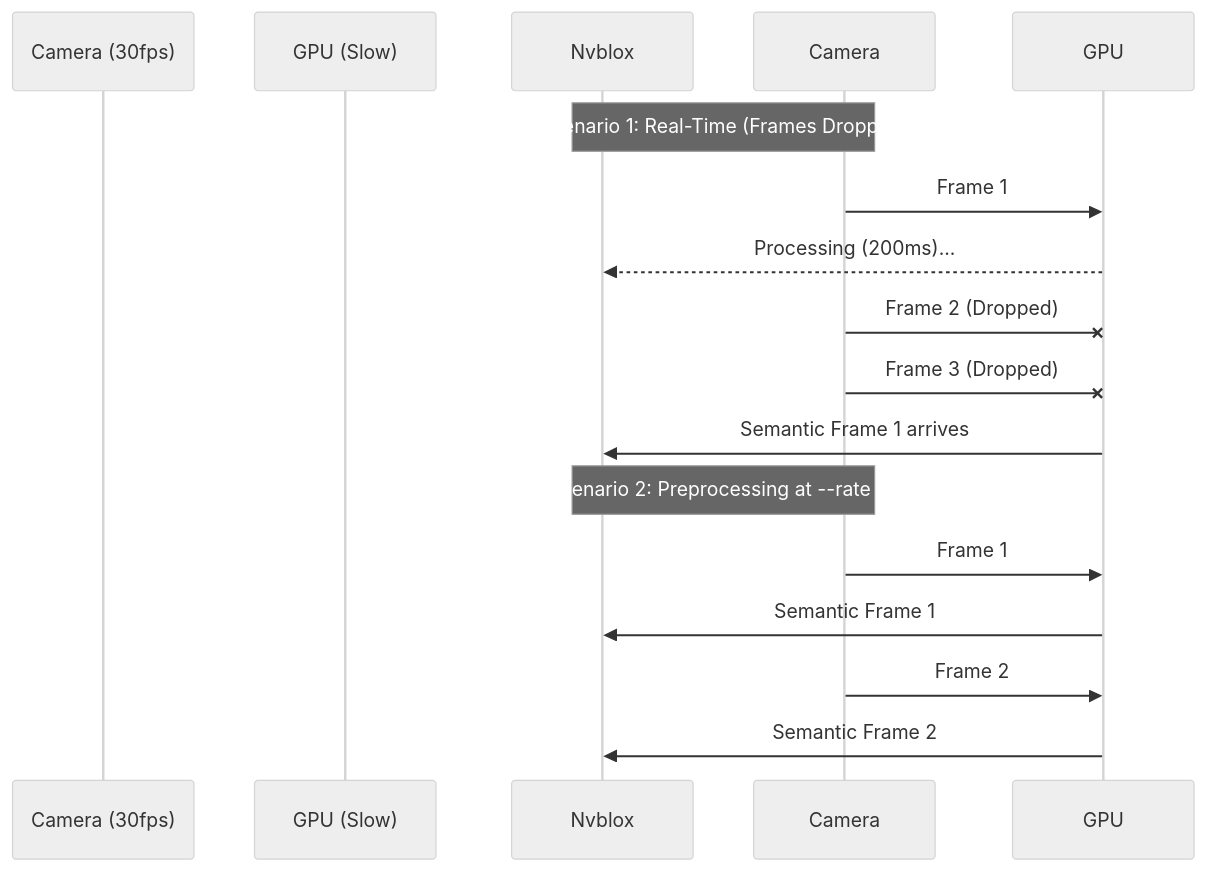
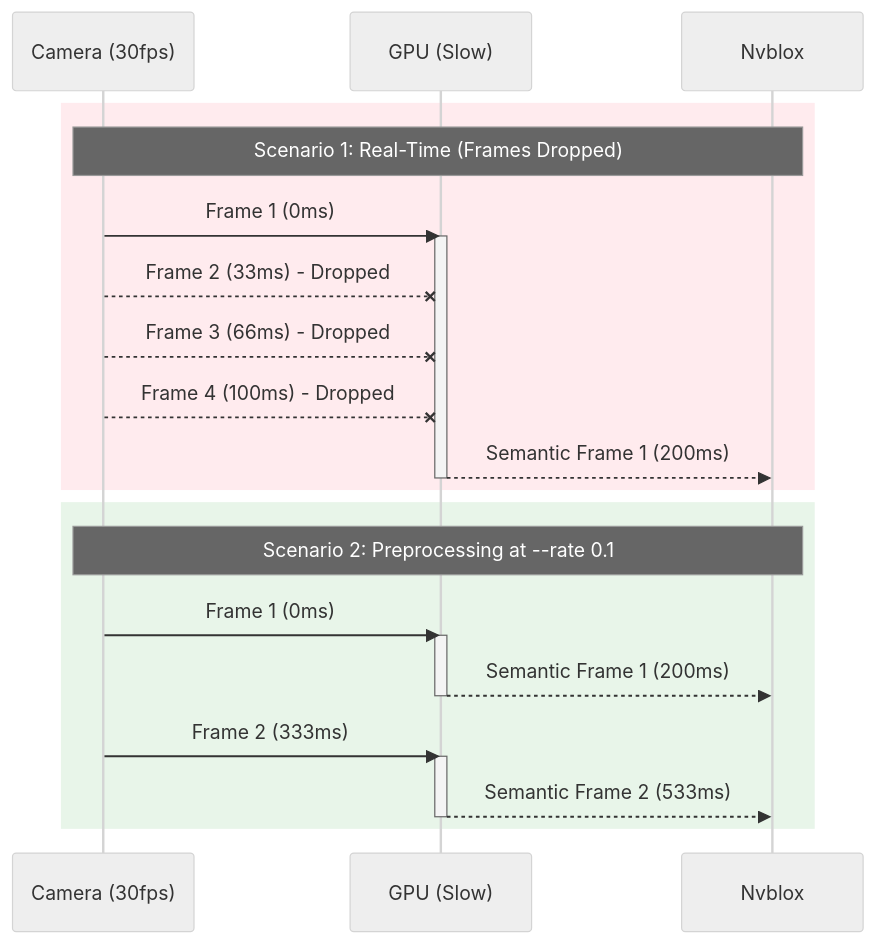
Before and after one commit to dennisoo/Isaac_ros_nvblox: the second of 2 diagrams in segmentation_guide.md, drawn with Mermaid (neutral theme). The commit also changed other lines of this file, not shown here.

Commit message:
add semantic guidegraphics

````diff
--- a/segmentation_guide.md
+++ b/segmentation_guide.md
@@ -185,19 +185,31 @@
 ```mermaid
 sequenceDiagram
-    participant Camera (30fps)
-    participant GPU (Slow)
-    participant Nvblox
-    
-    Note over Camera,Nvblox: Scenario 1: Real-Time (Frames Dropped)
-    Camera->>GPU: Frame 1
-    GPU-->>Nvblox: Processing (200ms)...
-    Camera-xGPU: Frame 2 (Dropped)
-    Camera-xGPU: Frame 3 (Dropped)
-    GPU->>Nvblox: Semantic Frame 1 arrives
-    
-    Note over Camera,Nvblox: Scenario 2: Preprocessing at --rate 0.1
-    Camera->>GPU: Frame 1
-    GPU->>Nvblox: Semantic Frame 1
-    Camera->>GPU: Frame 2
-    GPU->>Nvblox: Semantic Frame 2
+    participant C as Camera (30fps)
+    participant G as GPU (Slow)
+    participant N as Nvblox
+
+    %% --- Scenario 1 ---
+    rect rgb(255, 235, 238)
+    Note over C,N: Scenario 1: Real-Time (Frames Dropped)
+    C->>G: Frame 1 (0ms)
+    activate G
+    C--xG: Frame 2 (33ms) - Dropped
+    C--xG: Frame 3 (66ms) - Dropped
+    C--xG: Frame 4 (100ms) - Dropped
+    G-->>N: Semantic Frame 1 (200ms)
+    deactivate G
+    end
+
+    %% --- Scenario 2 ---
+    rect rgb(232, 245, 233)
+    Note over C,N: Scenario 2: Preprocessing at --rate 0.1
+    C->>G: Frame 1 (0ms)
+    activate G
+    G-->>N: Semantic Frame 1 (200ms)
+    deactivate G
+    C->>G: Frame 2 (333ms)
+    activate G
+    G-->>N: Semantic Frame 2 (533ms)
+    deactivate G
+    end
 ```
````
